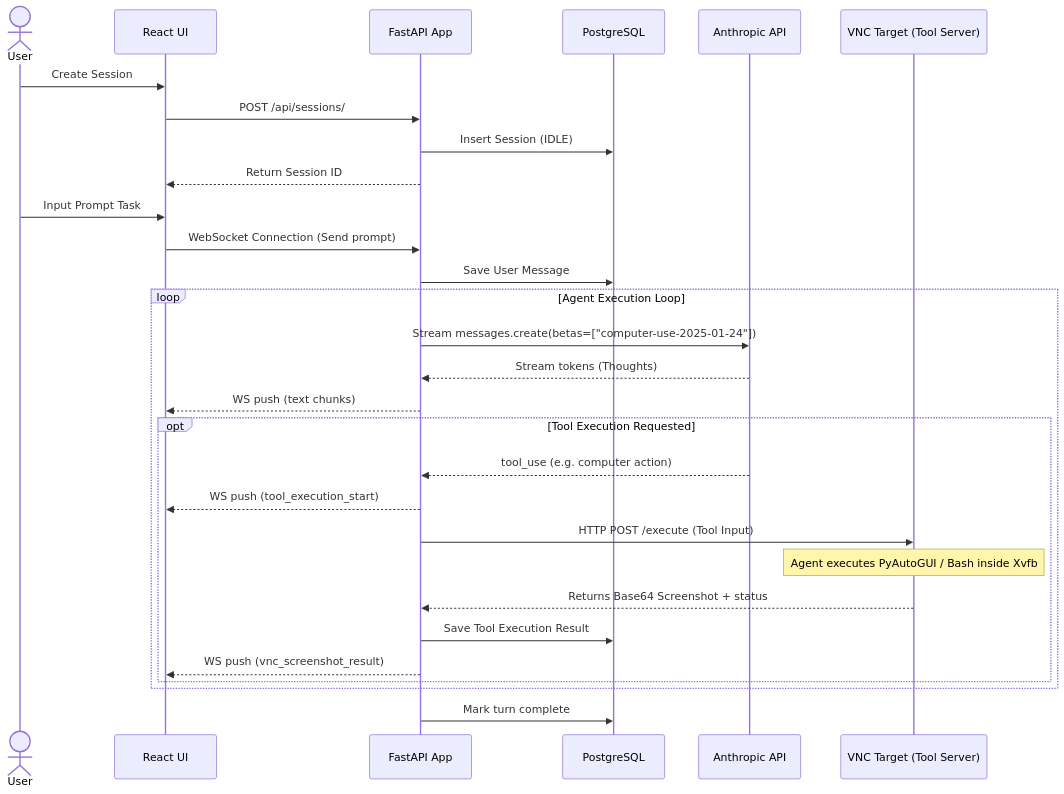
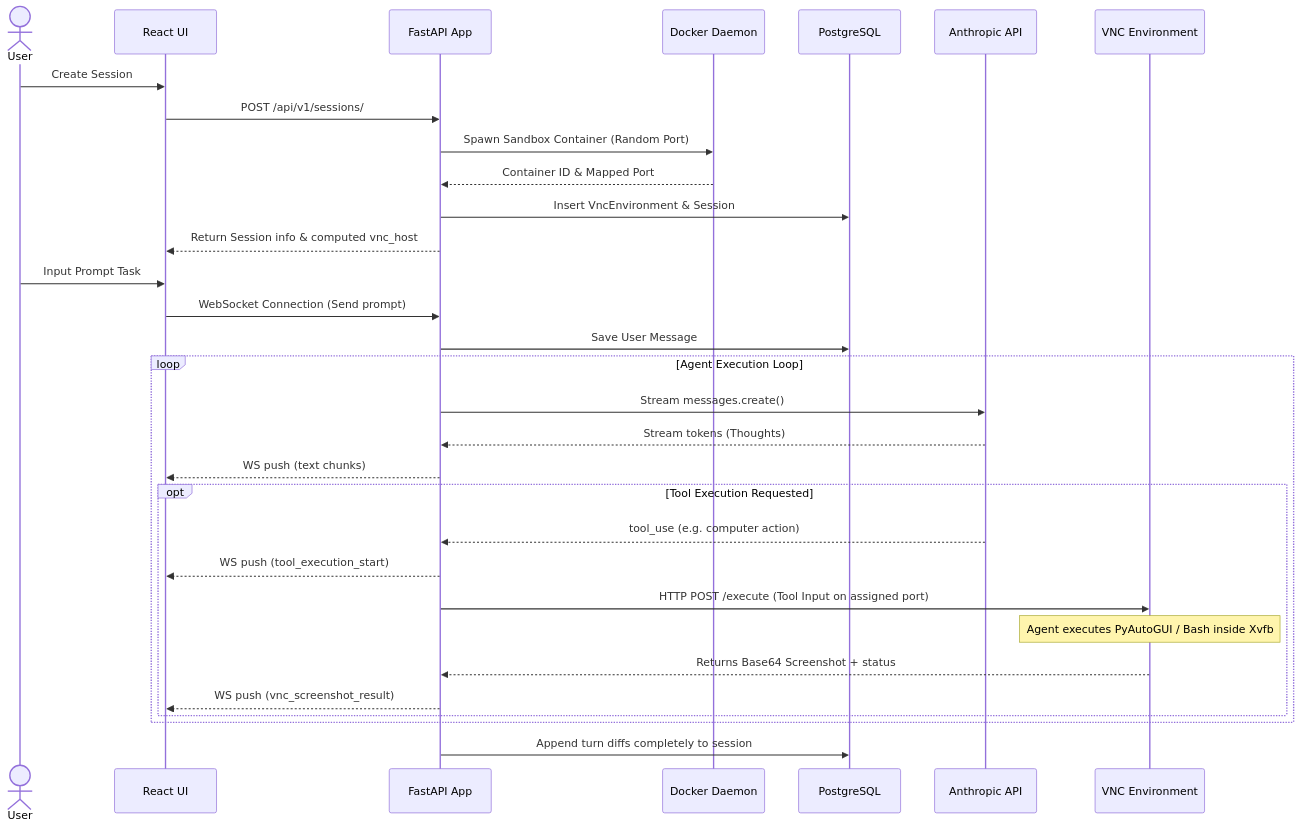
One commit to mfreyeso/computer-agents changed the first of 2 diagrams in README.md. Above: the diagram before and after it, drawn with Mermaid. The commit also changed other lines of this file and 12 other files, not shown here.

````diff
--- a/README.md
+++ b/README.md
@@ -22,35 +22,37 @@
 ```mermaid
 sequenceDiagram
     actor User as User
     participant UI as React UI
     participant API as FastAPI App
+    participant Docker as Docker Daemon
     participant DB as PostgreSQL
     participant AI as Anthropic API
-    participant VNC as VNC Target (Tool Server)
+    participant VNC as VNC Environment
 
     User->>UI: Create Session
-    UI->>API: POST /api/sessions/
-    API->>DB: Insert Session (IDLE)
-    API-->>UI: Return Session ID
+    UI->>API: POST /api/v1/sessions/
+    API->>Docker: Spawn Sandbox Container (Random Port)
+    Docker-->>API: Container ID & Mapped Port
+    API->>DB: Insert VncEnvironment & Session
+    API-->>UI: Return Session info & computed vnc_host
     
     User->>UI: Input Prompt Task
     UI->>API: WebSocket Connection (Send prompt)
     API->>DB: Save User Message
     
     loop Agent Execution Loop
-        API->>AI: Stream messages.create(betas=["computer-use-2025-01-24"])
+        API->>AI: Stream messages.create()
         AI-->>API: Stream tokens (Thoughts)
         API-->>UI: WS push (text chunks)
         
         opt Tool Execution Requested
             AI-->>API: tool_use (e.g. computer action)
             API-->>UI: WS push (tool_execution_start)
-            API->>VNC: HTTP POST /execute (Tool Input)
+            API->>VNC: HTTP POST /execute (Tool Input on assigned port)
             Note over VNC: Agent executes PyAutoGUI / Bash inside Xvfb
             VNC-->>API: Returns Base64 Screenshot + status
-            API->>DB: Save Tool Execution Result
             API-->>UI: WS push (vnc_screenshot_result)
         end
     end
-    API->>DB: Mark turn complete
+    API->>DB: Append turn diffs completely to session
 ```
````
